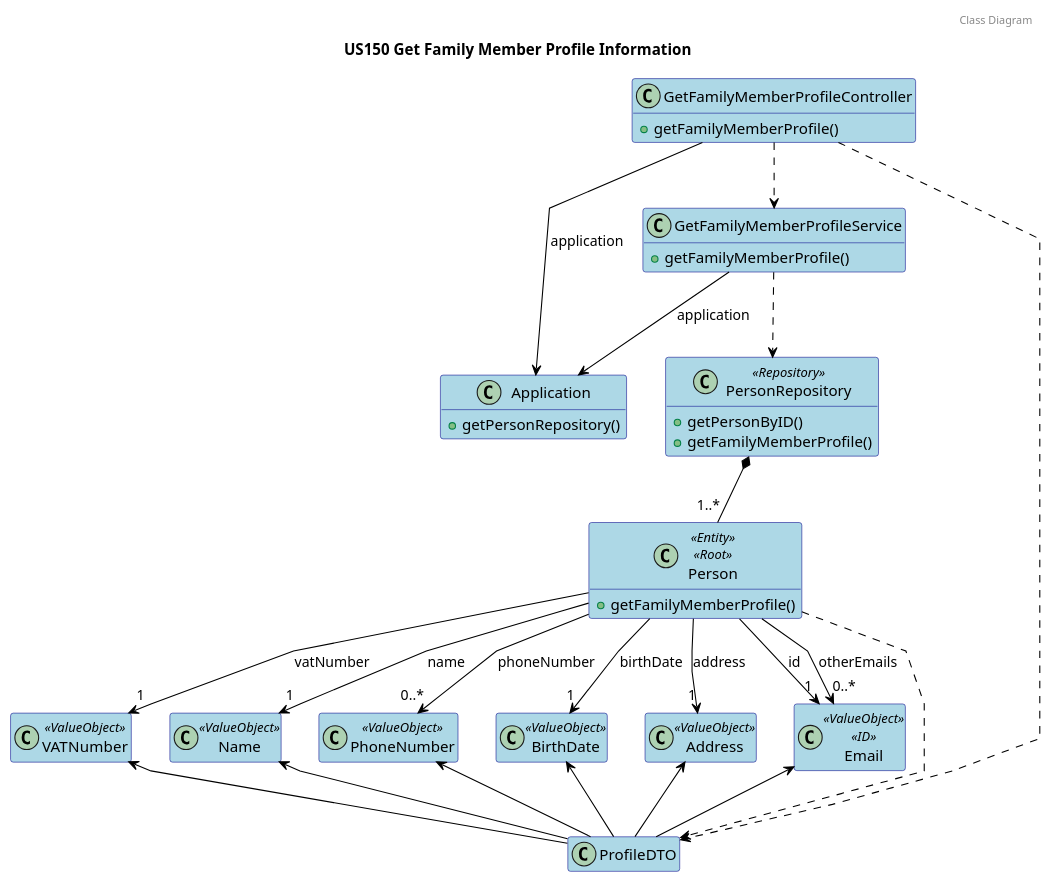
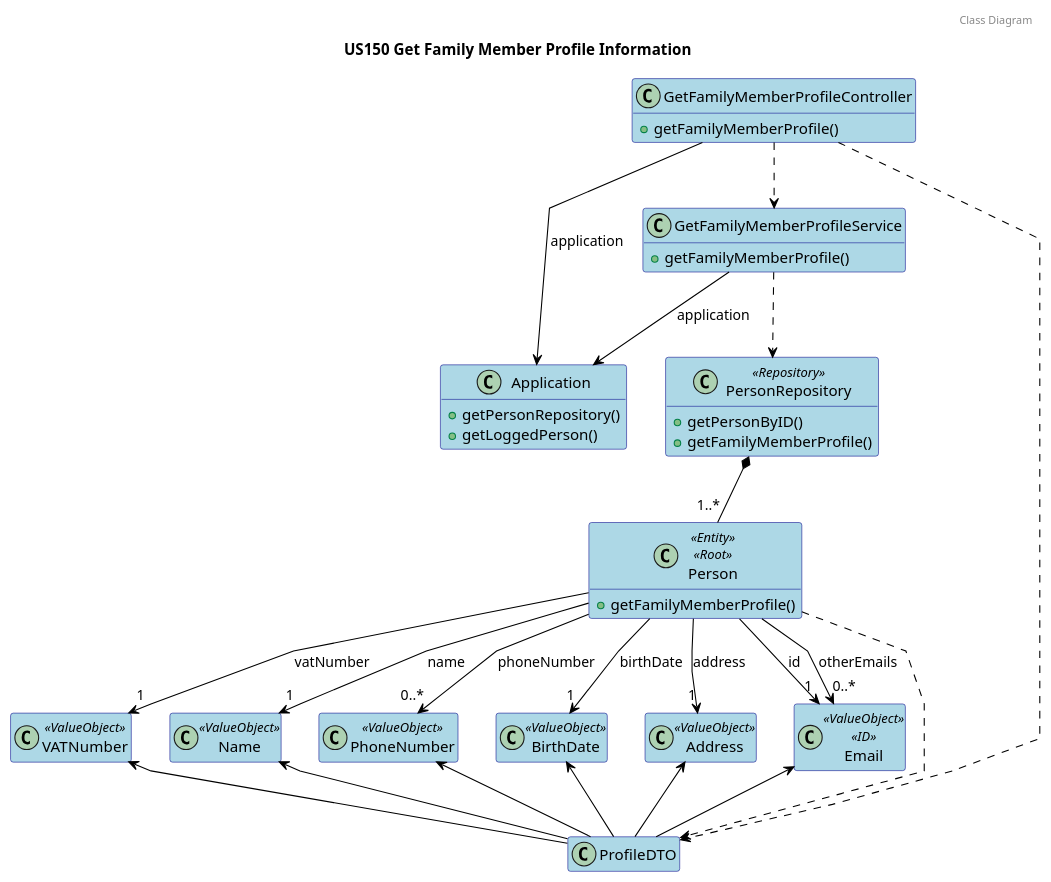
Before and after one commit to tomas-osswald/switch_2020_g3: the third of 5 diagrams in docs/sprint3/user_stories/US150_GetFamilyMemberProfileV2.md, drawn with PlantUML. The commit also changed other lines of this file and 4 other files, not shown here.

Commit message:
writed failing tests for GetFamilyMemberProfileController

```diff
--- a/docs/sprint3/user_stories/US150_GetFamilyMemberProfileV2.md
+++ b/docs/sprint3/user_stories/US150_GetFamilyMemberProfileV2.md
@@ -138,6 +138,7 @@
 
 class Application {
   + getPersonRepository()
+  + getLoggedPerson()
 }
 
 class GetFamilyMemberProfileService {
@@ -184,6 +185,8 @@
 
 PersonRepository *-- "1..*" Person
 
+'Ligação de ProfileDTO para PersonRepo e GetCenasService?!
+
 Person ..> ProfileDTO
 
 Person --> "1" Email : id
```
